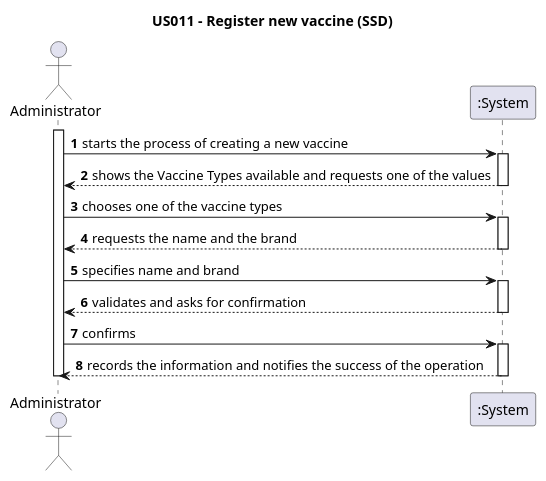
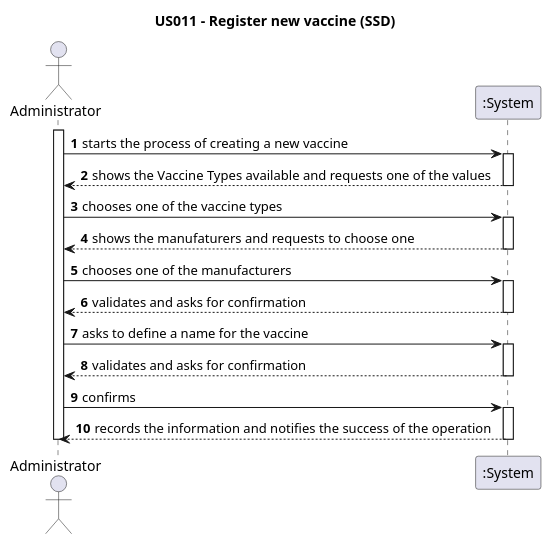
One commit to Chirano/database_project changed the diagram in sns-base/doc/use-cases/uc011/puml/us011-SSD.puml. Above: the diagram before and after it, drawn with PlantUML. The commit also changed 12 other files, not shown here.

```diff
--- a/sns-base/doc/use-cases/uc011/puml/us011-SSD.puml
+++ b/sns-base/doc/use-cases/uc011/puml/us011-SSD.puml
@@ -1,35 +1,40 @@
 @startuml
 skinparam monochrome false
 skinparam packageStyle rectangle
 skinparam shadowing false
 
 title US011 - Register new vaccine (SSD)
 
 autonumber
 
 actor Administrator
 participant ":System" as System
 
 activate Administrator
     Administrator -> System : starts the process of creating a new vaccine
     activate System
         System --> Administrator : shows the Vaccine Types available and requests one of the values
     deactivate System
 
     Administrator -> System : chooses one of the vaccine types
     activate System
-        System --> Administrator : requests the name and the brand
+        System --> Administrator : shows the manufaturers and requests to choose one
     deactivate System
 
-    Administrator -> System : specifies name and brand
+    Administrator -> System : chooses one of the manufacturers
+    activate System
+        System --> Administrator : validates and asks for confirmation
+    deactivate System
+
+    Administrator -> System : asks to define a name for the vaccine
     activate System
         System --> Administrator : validates and asks for confirmation
     deactivate System
 
     Administrator -> System : confirms
     activate System
         System --> Administrator : records the information and notifies the success of the operation
     deactivate System
 deactivate Administrator
 
 @enduml
```
